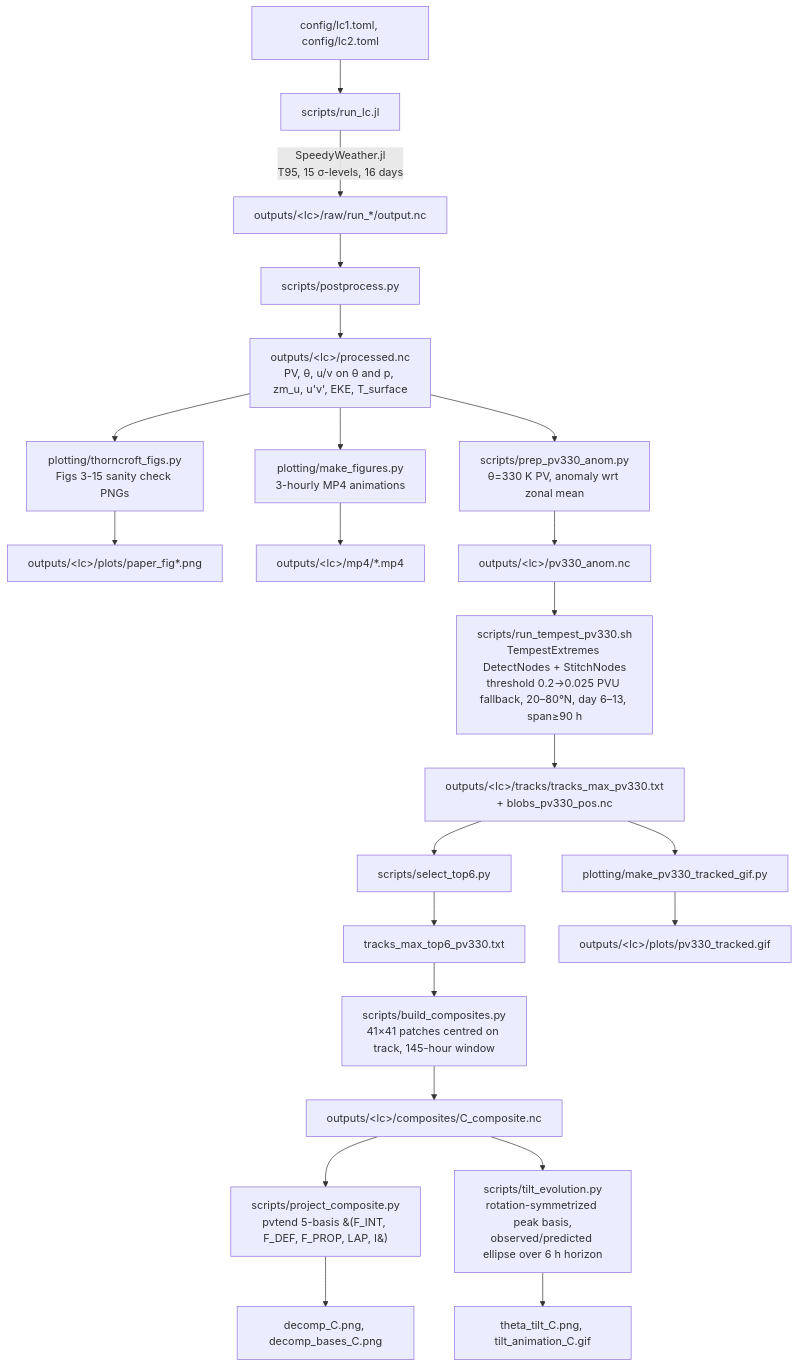
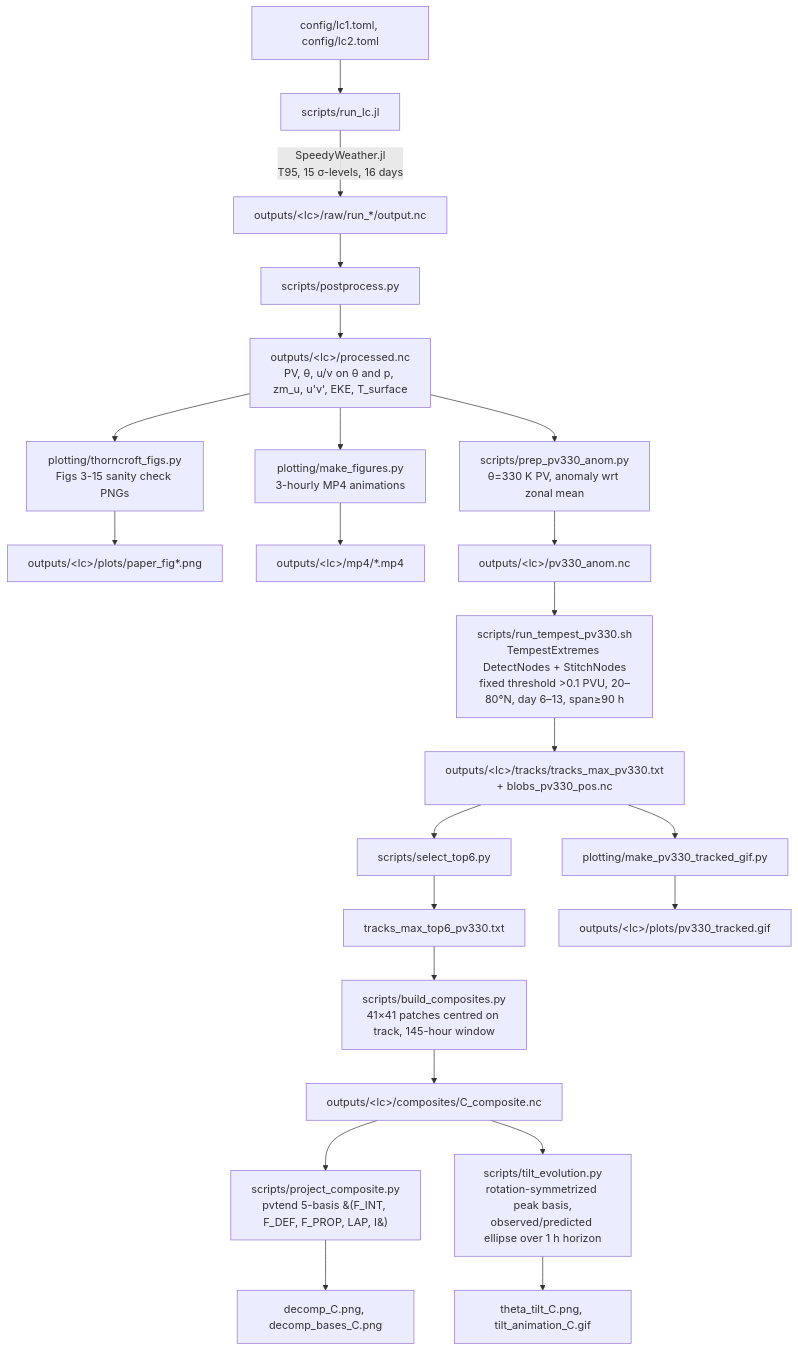
One commit to yanxingjianken/thorncroft93RWB changed the diagram in README.md. Above: the diagram before and after it, drawn with Mermaid. The commit also changed other lines of this file and 22 other files, not shown here.

````diff
--- a/README.md
+++ b/README.md
@@ -148,26 +148,26 @@
 ```mermaid
 graph TD
     A[config/lc1.toml, config/lc2.toml] --> B[scripts/run_lc.jl]
     B -->|SpeedyWeather.jl<br/>T95, 15 σ-levels, 16 days| C[outputs/&lt;lc&gt;/raw/run_*/output.nc]
     C --> D[scripts/postprocess.py]
     D --> E[outputs/&lt;lc&gt;/processed.nc<br/>PV, θ, u/v on θ and p, zm_u, u'v', EKE, T_surface]
     E --> F1[plotting/thorncroft_figs.py<br/>Figs 3-15 sanity check PNGs]
     E --> F2[plotting/make_figures.py<br/>3-hourly MP4 animations]
     F1 --> G1[outputs/&lt;lc&gt;/plots/paper_fig*.png]
     F2 --> G2[outputs/&lt;lc&gt;/mp4/*.mp4]
 
     E --> H[scripts/prep_pv330_anom.py<br/>θ=330 K PV, anomaly wrt zonal mean]
     H --> I[outputs/&lt;lc&gt;/pv330_anom.nc]
-    I --> J[scripts/run_tempest_pv330.sh<br/>TempestExtremes DetectNodes + StitchNodes<br/>threshold 0.2→0.025 PVU fallback, 20–80°N, day 6–13, span≥90 h]
+    I --> J[scripts/run_tempest_pv330.sh<br/>TempestExtremes DetectNodes + StitchNodes<br/>fixed threshold >0.1 PVU, 20–80°N, day 6–13, span≥90 h]
     J --> K[outputs/&lt;lc&gt;/tracks/tracks_max_pv330.txt<br/>+ blobs_pv330_pos.nc]
     K --> L[scripts/select_top6.py]
     L --> M[tracks_max_top6_pv330.txt]
     M --> N[scripts/build_composites.py<br/>41×41 patches centred on track, 145-hour window]
     N --> O[outputs/&lt;lc&gt;/composites/C_composite.nc]
     O --> P[scripts/project_composite.py<br/>pvtend 5-basis &#40;F_INT, F_DEF, F_PROP, LAP, I&#41;]
     P --> Q[decomp_C.png, decomp_bases_C.png]
-    O --> R[scripts/tilt_evolution.py<br/>rotation-symmetrized peak basis,<br/>observed/predicted ellipse over 6 h horizon]
+    O --> R[scripts/tilt_evolution.py<br/>rotation-symmetrized peak basis,<br/>observed/predicted ellipse over 1 h horizon]
     R --> S[theta_tilt_C.png, tilt_animation_C.gif]
     K --> T[plotting/make_pv330_tracked_gif.py]
     T --> U[outputs/&lt;lc&gt;/plots/pv330_tracked.gif]
 ```
````
